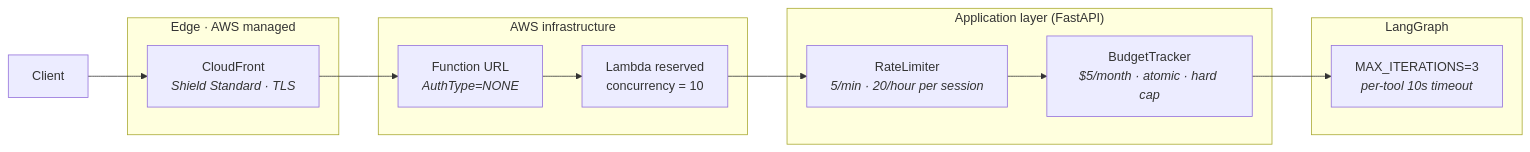
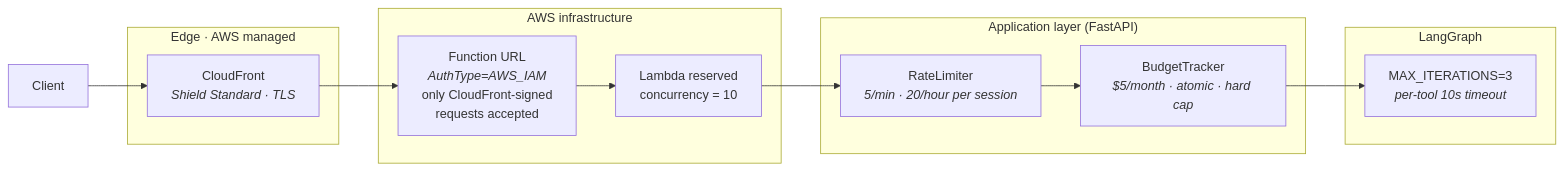
Before and after one commit to ikuzuki/fpl-platform: the diagram in docs/architecture/security-architecture.md, drawn with Mermaid. The commit also changed other lines of this file and 24 other files, not shown here.

First line of the commit message:
chore(infra): restore agent reserved concurrency + harden Function URL (#121, #123) (#125)

````diff
--- a/docs/architecture/security-architecture.md
+++ b/docs/architecture/security-architecture.md
@@ -24,20 +24,20 @@
 ```mermaid
 graph LR
     C["Client"]
     subgraph Edge["Edge · AWS managed"]
         CF["CloudFront<br/><i>Shield Standard · TLS</i>"]
     end
     subgraph Infra["AWS infrastructure"]
-        FU["Function URL<br/><i>AuthType=NONE</i>"]
+        FU["Function URL<br/><i>AuthType=AWS_IAM</i><br/>only CloudFront-signed<br/>requests accepted"]
         LC["Lambda reserved<br/>concurrency = 10"]
     end
     subgraph App["Application layer (FastAPI)"]
         RL["RateLimiter<br/><i>5/min · 20/hour per session</i>"]
         BG["BudgetTracker<br/><i>$5/month · atomic · hard cap</i>"]
     end
     subgraph Graph["LangGraph"]
         MI["MAX_ITERATIONS=3<br/><i>per-tool 10s timeout</i>"]
     end
 
     C --> CF --> FU --> LC --> RL --> BG --> MI
 ```
````
